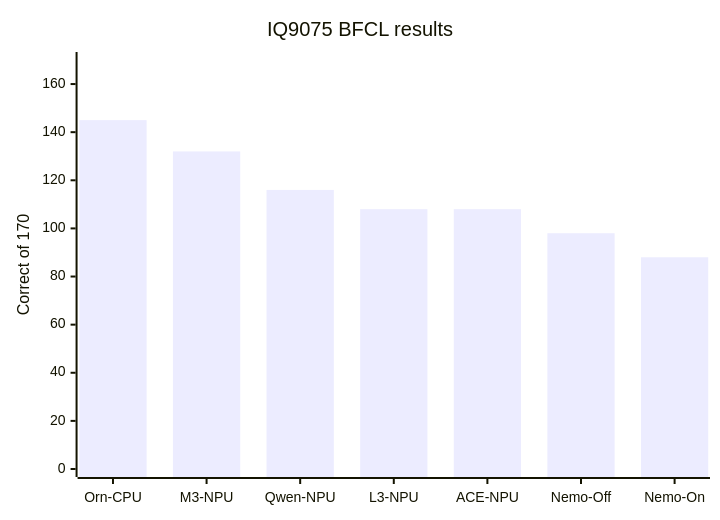
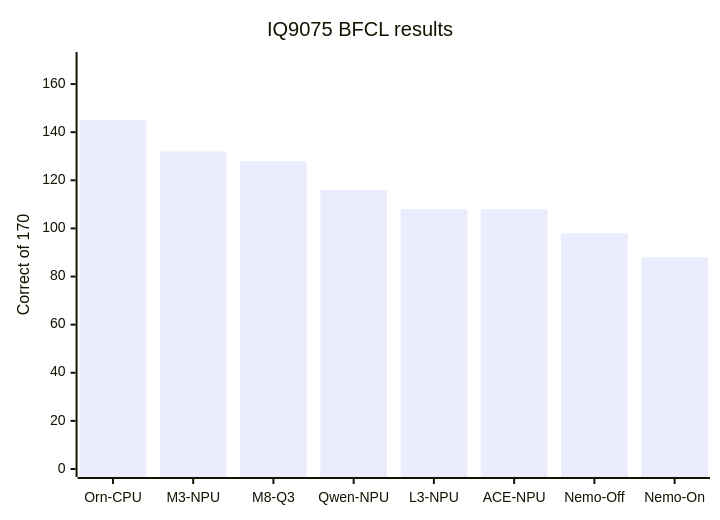
Before and after one commit to eivholt/qai-nemotron: the fourth of 4 diagrams in tutorial_agentic_models_iq9075.md, drawn with Mermaid. The commit also changed other lines of this file and 6 other files, not shown here.

````diff
--- a/tutorial_agentic_models_iq9075.md
+++ b/tutorial_agentic_models_iq9075.md
@@ -136,7 +137,7 @@
 ```mermaid
 xychart-beta
     title "IQ9075 BFCL results"
-    x-axis ["Orn-CPU", "M3-NPU", "Qwen-NPU", "L3-NPU", "ACE-NPU", "Nemo-Off", "Nemo-On"]
+    x-axis ["Orn-CPU", "M3-NPU", "M8-Q3", "Qwen-NPU", "L3-NPU", "ACE-NPU", "Nemo-Off", "Nemo-On"]
     y-axis "Correct of 170" 0 --> 170
-    bar [145, 132, 116, 108, 108, 98, 88]
+    bar [145, 132, 128, 116, 108, 108, 98, 88]
 ```
````
